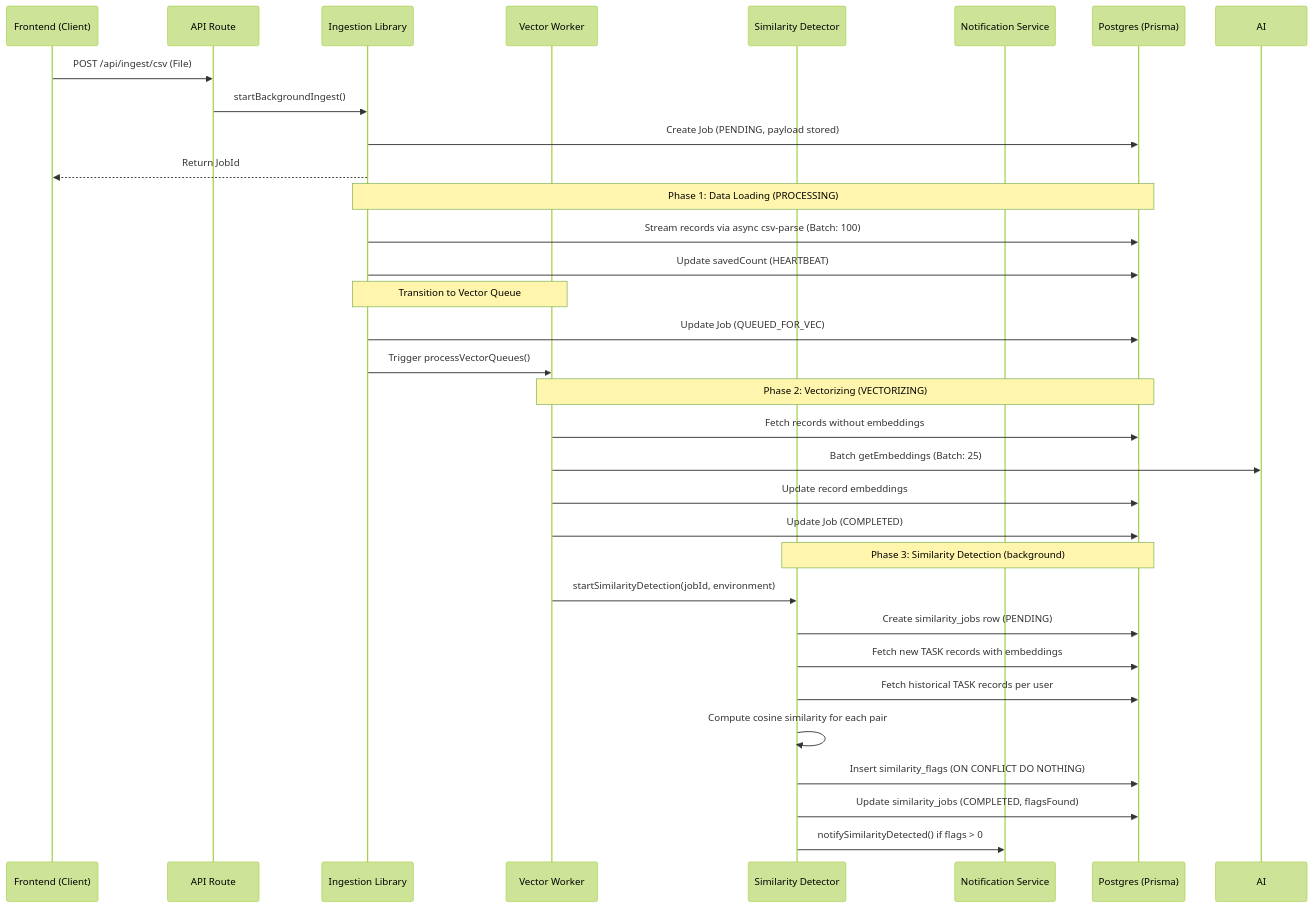
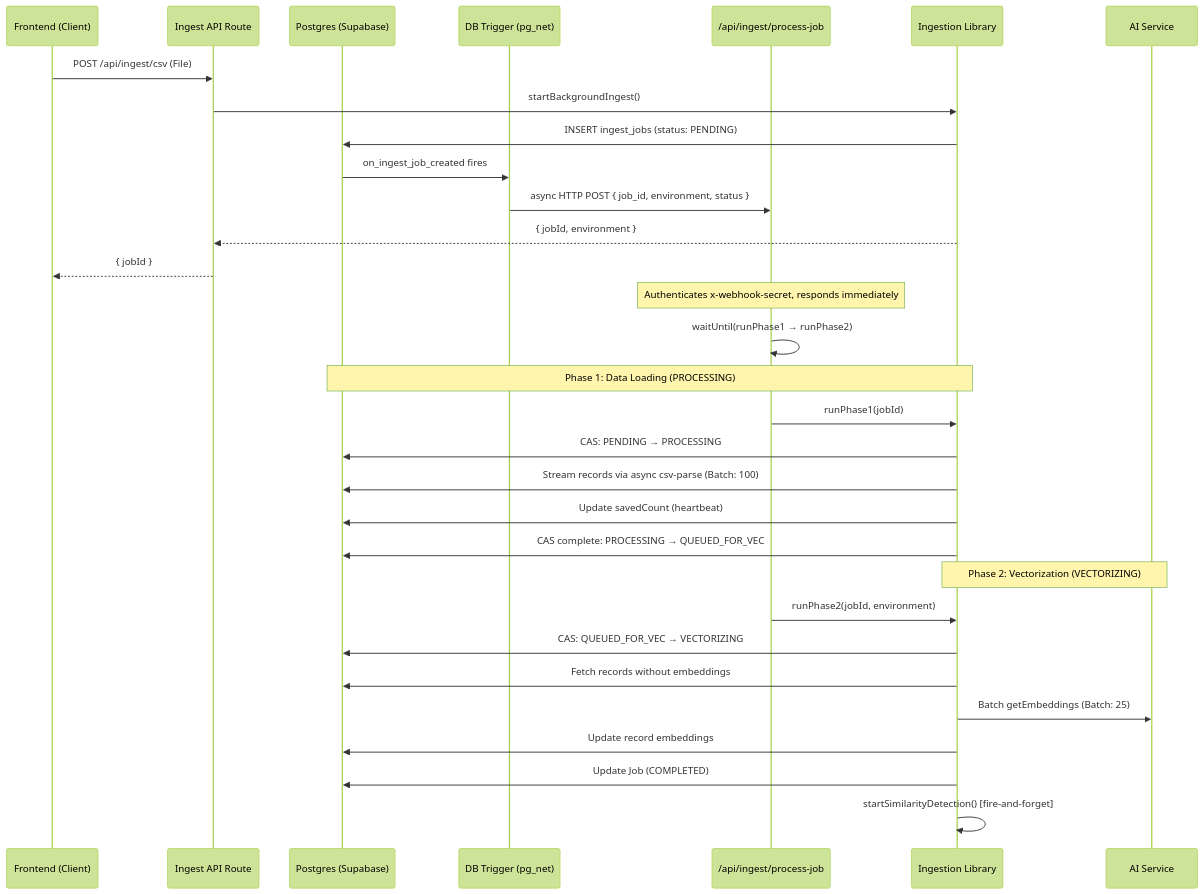
Before and after one commit to Fleet-AI-Operations/operations-toolkit: the first of 2 diagrams in Documentation/Architecture/INGESTION_FLOW.md, drawn with Mermaid (forest theme). The commit also changed other lines of this file and 5 other files, not shown here.

````diff
--- a/Documentation/Architecture/INGESTION_FLOW.md
+++ b/Documentation/Architecture/INGESTION_FLOW.md
@@ -11,39 +15,37 @@
 ```mermaid
 sequenceDiagram
     participant UI as Frontend (Client)
-    participant API as API Route
+    participant API as Ingest API Route
+    participant DB as Postgres (Supabase)
+    participant TRIG as DB Trigger (pg_net)
+    participant WH as /api/ingest/process-job
     participant LIB as Ingestion Library
-    participant VEC as Vector Worker
-    participant SIM as Similarity Detector
-    participant NOTIFY as Notification Service
-    participant DB as Postgres (Prisma)
+    participant AI as AI Service
 
     UI->>API: POST /api/ingest/csv (File)
     API->>LIB: startBackgroundIngest()
-    LIB->>DB: Create Job (PENDING, payload stored)
-    LIB-->>UI: Return JobId
+    LIB->>DB: INSERT ingest_jobs (status: PENDING)
+    DB->>TRIG: on_ingest_job_created fires
+    TRIG->>WH: async HTTP POST { job_id, environment, status }
+    LIB-->>API: { jobId, environment }
+    API-->>UI: { jobId }
+
+    Note over WH: Authenticates x-webhook-secret, responds immediately
+    WH->>WH: waitUntil(runPhase1 → runPhase2)
 
     Note over LIB, DB: Phase 1: Data Loading (PROCESSING)
+    WH->>LIB: runPhase1(jobId)
+    LIB->>DB: CAS: PENDING → PROCESSING
     LIB->>DB: Stream records via async csv-parse (Batch: 100)
-    LIB->>DB: Update savedCount (HEARTBEAT)
+    LIB->>DB: Update savedCount (heartbeat)
+    LIB->>DB: CAS complete: PROCESSING → QUEUED_FOR_VEC
 
-    Note over LIB, VEC: Transition to Vector Queue
-    LIB->>DB: Update Job (QUEUED_FOR_VEC)
-    LIB->>VEC: Trigger processVectorQueues()
-
-    Note over VEC, DB: Phase 2: Vectorizing (VECTORIZING)
-    VEC->>DB: Fetch records without embeddings
-    VEC->>AI: Batch getEmbeddings (Batch: 25)
-    VEC->>DB: Update record embeddings
-    VEC->>DB: Update Job (COMPLETED)
-
-    Note over SIM, DB: Phase 3: Similarity Detection (background)
-    VEC->>SIM: startSimilarityDetection(jobId, environment)
-    SIM->>DB: Create similarity_jobs row (PENDING)
-    SIM->>DB: Fetch new TASK records with embeddings
-    SIM->>DB: Fetch historical TASK records per user
-    SIM->>SIM: Compute cosine similarity for each pair
-    SIM->>DB: Insert similarity_flags (ON CONFLICT DO NOTHING)
-    SIM->>DB: Update similarity_jobs (COMPLETED, flagsFound)
-    SIM->>NOTIFY: notifySimilarityDetected() if flags > 0
+    Note over LIB, AI: Phase 2: Vectorization (VECTORIZING)
+    WH->>LIB: runPhase2(jobId, environment)
+    LIB->>DB: CAS: QUEUED_FOR_VEC → VECTORIZING
+    LIB->>DB: Fetch records without embeddings
+    LIB->>AI: Batch getEmbeddings (Batch: 25)
+    LIB->>DB: Update record embeddings
+    LIB->>DB: Update Job (COMPLETED)
+    LIB->>LIB: startSimilarityDetection() [fire-and-forget]
 ```
````
